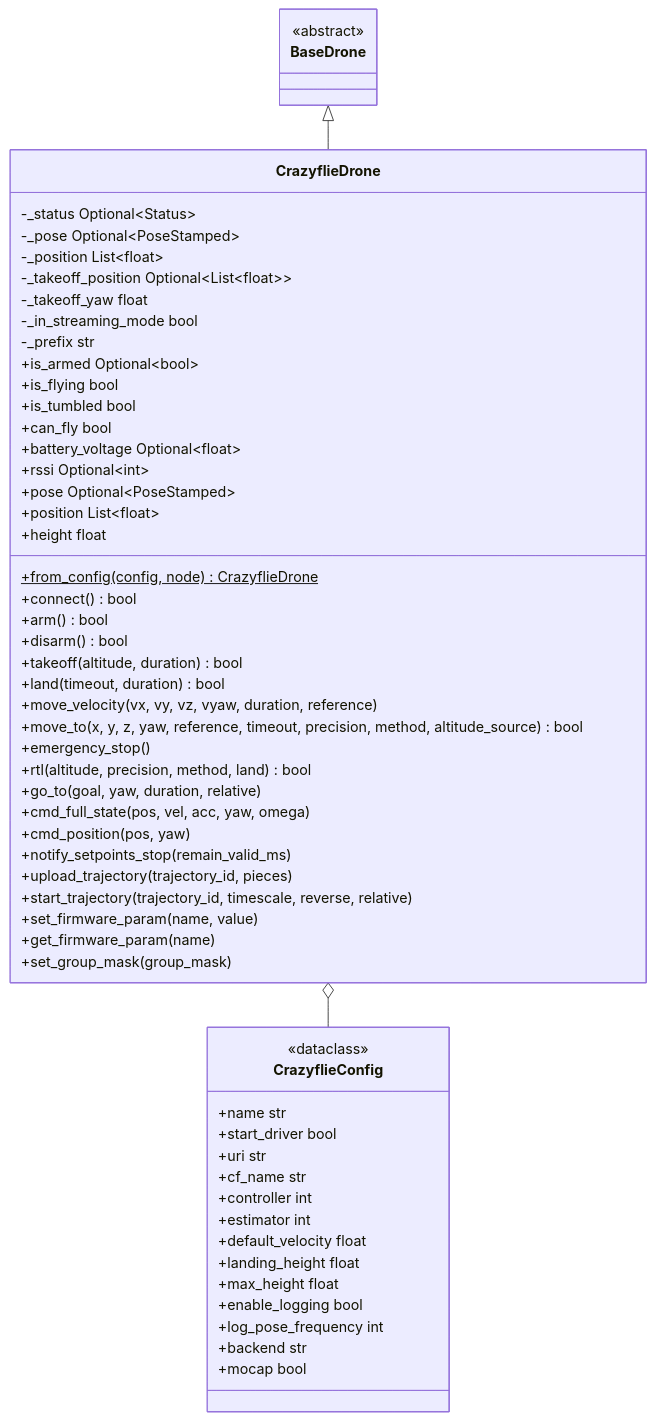
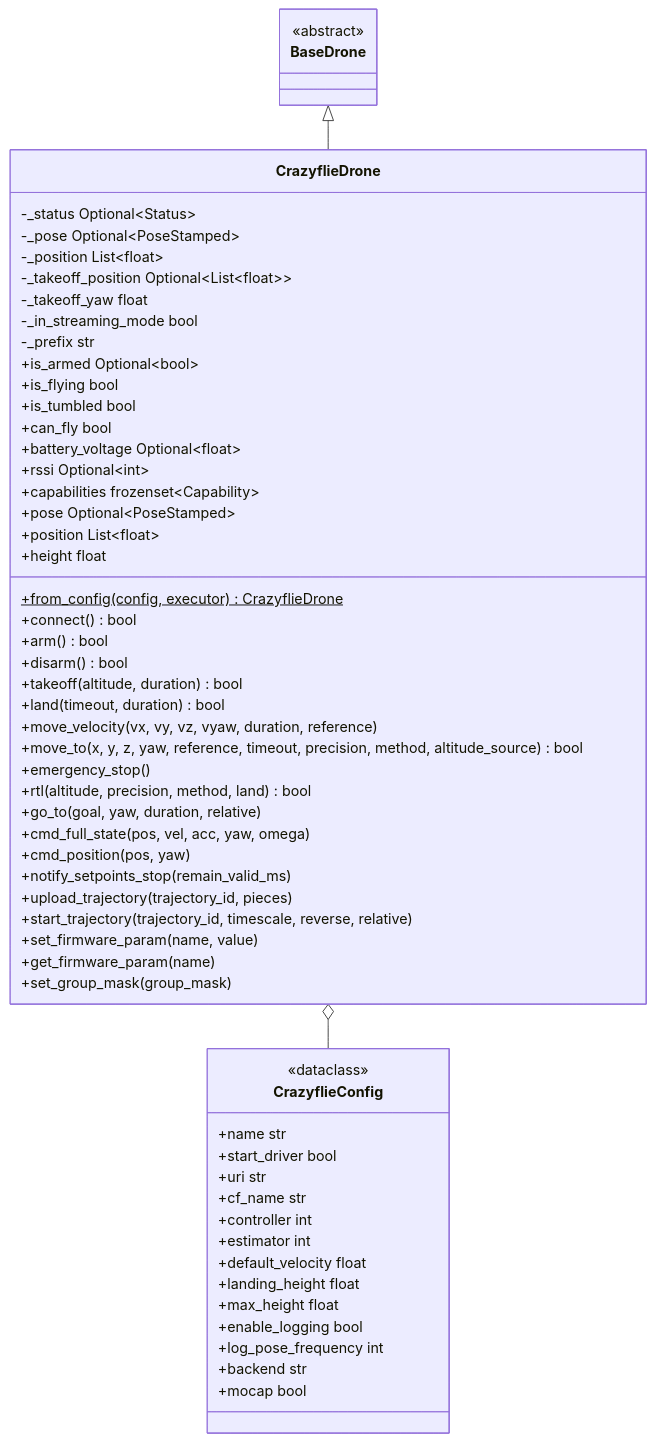
Before and after one commit to Black-Bee-Drones/nectar-sdk: the diagram in nectar/nectar/control/crazyflie/README.md, drawn with Mermaid. The commit also changed other lines of this file and 22 other files, not shown here.

````diff
--- a/nectar/nectar/control/crazyflie/README.md
+++ b/nectar/nectar/control/crazyflie/README.md
@@ -52,64 +52,65 @@
 ```mermaid
 classDiagram
     class CrazyflieDrone {
         -_status Optional~Status~
         -_pose Optional~PoseStamped~
         -_position List~float~
         -_takeoff_position Optional~List~float~~
         -_takeoff_yaw float
         -_in_streaming_mode bool
         -_prefix str
         +is_armed Optional~bool~
         +is_flying bool
         +is_tumbled bool
         +can_fly bool
         +battery_voltage Optional~float~
         +rssi Optional~int~
+        +capabilities frozenset~Capability~
         +pose Optional~PoseStamped~
         +position List~float~
         +height float
-        +from_config(config, node)$ CrazyflieDrone
+        +from_config(config, executor)$ CrazyflieDrone
         +connect() bool
         +arm() bool
         +disarm() bool
         +takeoff(altitude, duration) bool
         +land(timeout, duration) bool
         +move_velocity(vx, vy, vz, vyaw, duration, reference)
         +move_to(x, y, z, yaw, reference, timeout, precision, method, altitude_source) bool
         +emergency_stop()
         +rtl(altitude, precision, method, land) bool
         +go_to(goal, yaw, duration, relative)
         +cmd_full_state(pos, vel, acc, yaw, omega)
         +cmd_position(pos, yaw)
         +notify_setpoints_stop(remain_valid_ms)
         +upload_trajectory(trajectory_id, pieces)
         +start_trajectory(trajectory_id, timescale, reverse, relative)
         +set_firmware_param(name, value)
         +get_firmware_param(name)
         +set_group_mask(group_mask)
     }
 
     class CrazyflieConfig {
         <<dataclass>>
         +name str
         +start_driver bool
         +uri str
         +cf_name str
         +controller int
         +estimator int
         +default_velocity float
         +landing_height float
         +max_height float
         +enable_logging bool
         +log_pose_frequency int
         +backend str
         +mocap bool
     }
 
     class BaseDrone {
         <<abstract>>
     }
 
     BaseDrone <|-- CrazyflieDrone
     CrazyflieDrone o-- CrazyflieConfig
 ```
````
